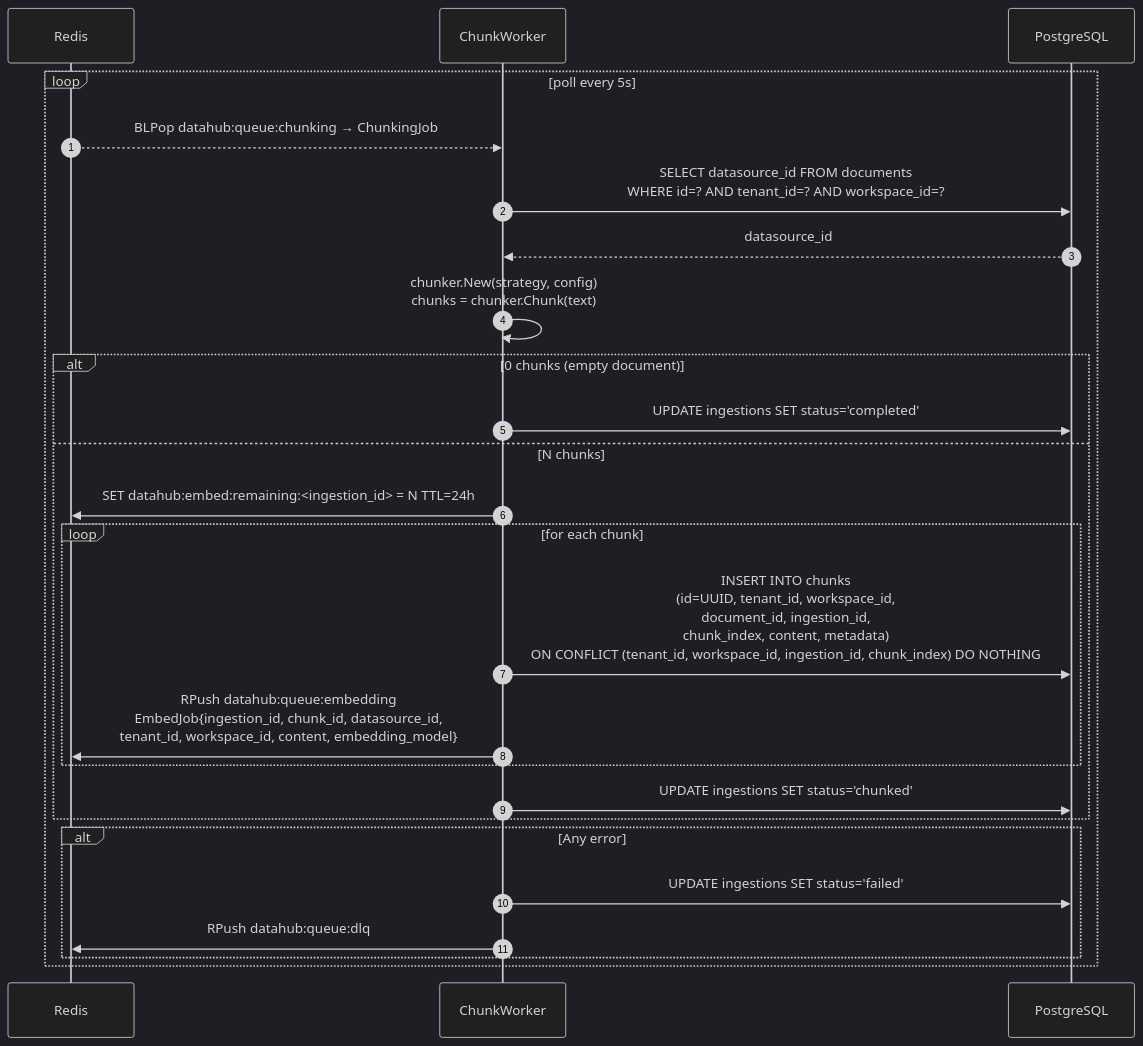
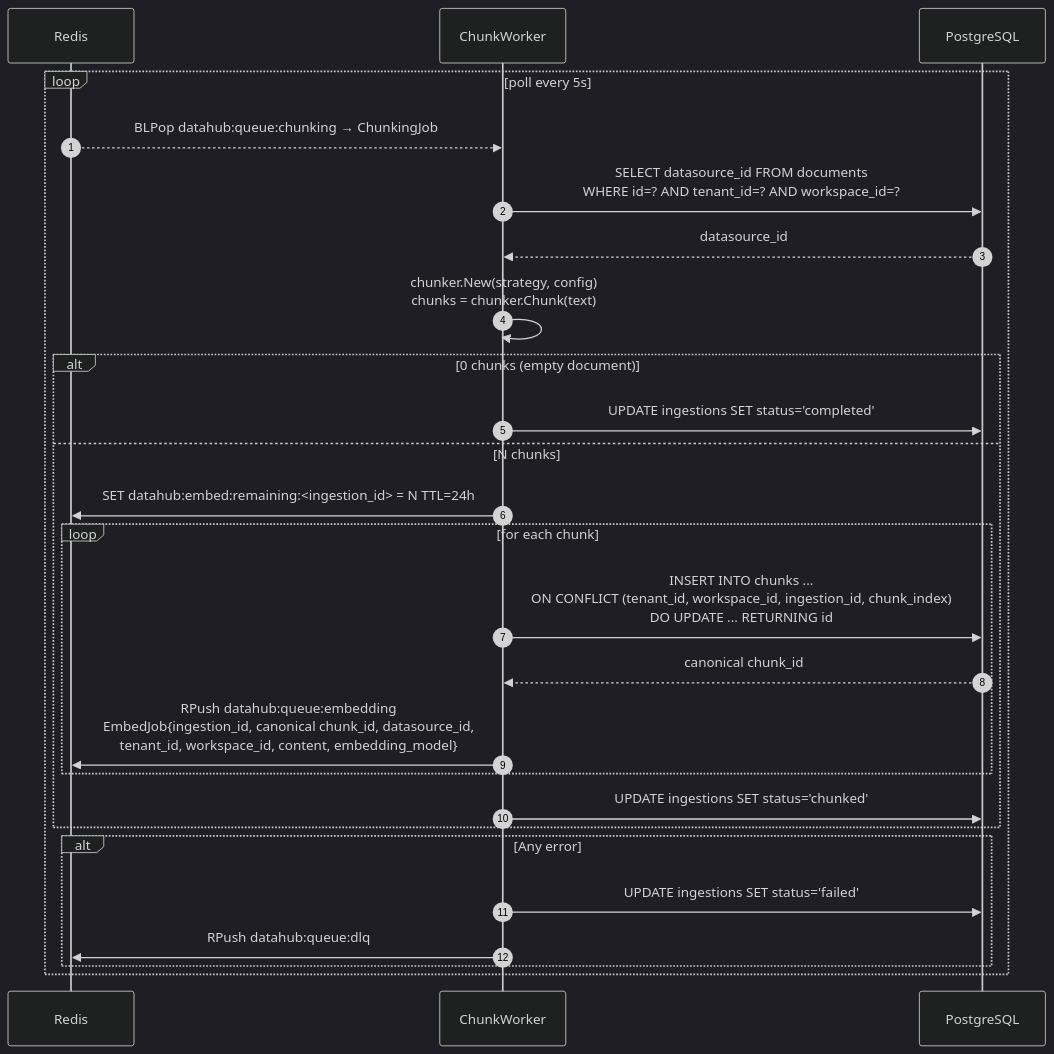
One commit to Andrew-Bu1/Agent-Platform changed the sixth of 11 diagrams in docs/architecture/datahub/sequence.md. Above: the diagram before and after it, drawn with Mermaid (dark theme). The commit also changed other lines of this file and 15 other files, not shown here.

Commit message:
docs: architecture docs for all services

````diff
--- a/docs/architecture/datahub/sequence.md
+++ b/docs/architecture/datahub/sequence.md
@@ -294,28 +312,29 @@
 ```mermaid
 sequenceDiagram
     autonumber
     participant Redis as Redis
     participant CW as ChunkWorker
     participant DB as PostgreSQL
 
     loop poll every 5s
         Redis-->>CW: BLPop datahub:queue:chunking → ChunkingJob
         CW->>DB: SELECT datasource_id FROM documents<br/>WHERE id=? AND tenant_id=? AND workspace_id=?
         DB-->>CW: datasource_id
         CW->>CW: chunker.New(strategy, config)<br/>chunks = chunker.Chunk(text)
         alt 0 chunks (empty document)
             CW->>DB: UPDATE ingestions SET status='completed'
         else N chunks
             CW->>Redis: SET datahub:embed:remaining:<ingestion_id> = N  TTL=24h
             loop for each chunk
-                CW->>DB: INSERT INTO chunks<br/>(id=UUID, tenant_id, workspace_id,<br/>document_id, ingestion_id,<br/>chunk_index, content, metadata)<br/>ON CONFLICT (tenant_id, workspace_id, ingestion_id, chunk_index) DO NOTHING
-                CW->>Redis: RPush datahub:queue:embedding<br/>EmbedJob{ingestion_id, chunk_id, datasource_id,<br/>tenant_id, workspace_id, content, embedding_model}
+                CW->>DB: INSERT INTO chunks ...<br/>ON CONFLICT (tenant_id, workspace_id, ingestion_id, chunk_index)<br/>DO UPDATE ... RETURNING id
+                DB-->>CW: canonical chunk_id
+                CW->>Redis: RPush datahub:queue:embedding<br/>EmbedJob{ingestion_id, canonical chunk_id, datasource_id,<br/>tenant_id, workspace_id, content, embedding_model}
             end
             CW->>DB: UPDATE ingestions SET status='chunked'
         end
         alt Any error
             CW->>DB: UPDATE ingestions SET status='failed'
             CW->>Redis: RPush datahub:queue:dlq
         end
     end
 ```
````
